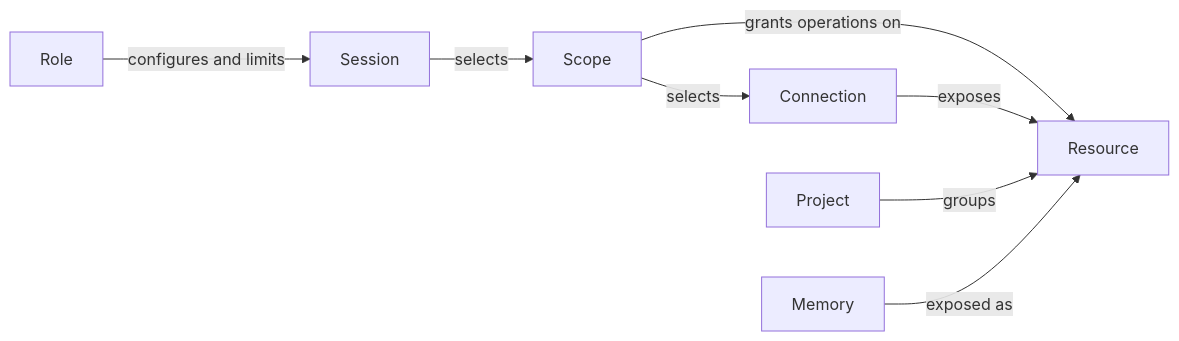
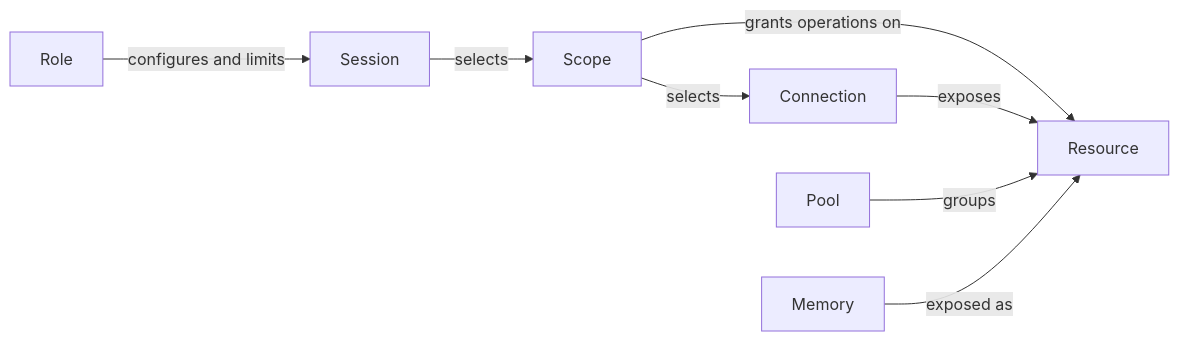
One commit to shrav-k/conduit changed the diagram in SPEC.md. Above: the diagram before and after it, drawn with Mermaid. The commit also changed other lines of this file and 3 other files, not shown here.

````diff
--- a/SPEC.md
+++ b/SPEC.md
@@ -52,10 +55,10 @@
 ```mermaid
 flowchart LR
     Role -->|configures and limits| Session
     Session -->|selects| Scope
     Scope -->|grants operations on| Resource
     Scope -->|selects| Connection
     Connection -->|exposes| Resource
-    Project -->|groups| Resource
+    Pool -->|groups| Resource
     Memory -->|exposed as| Resource
 ```
````
